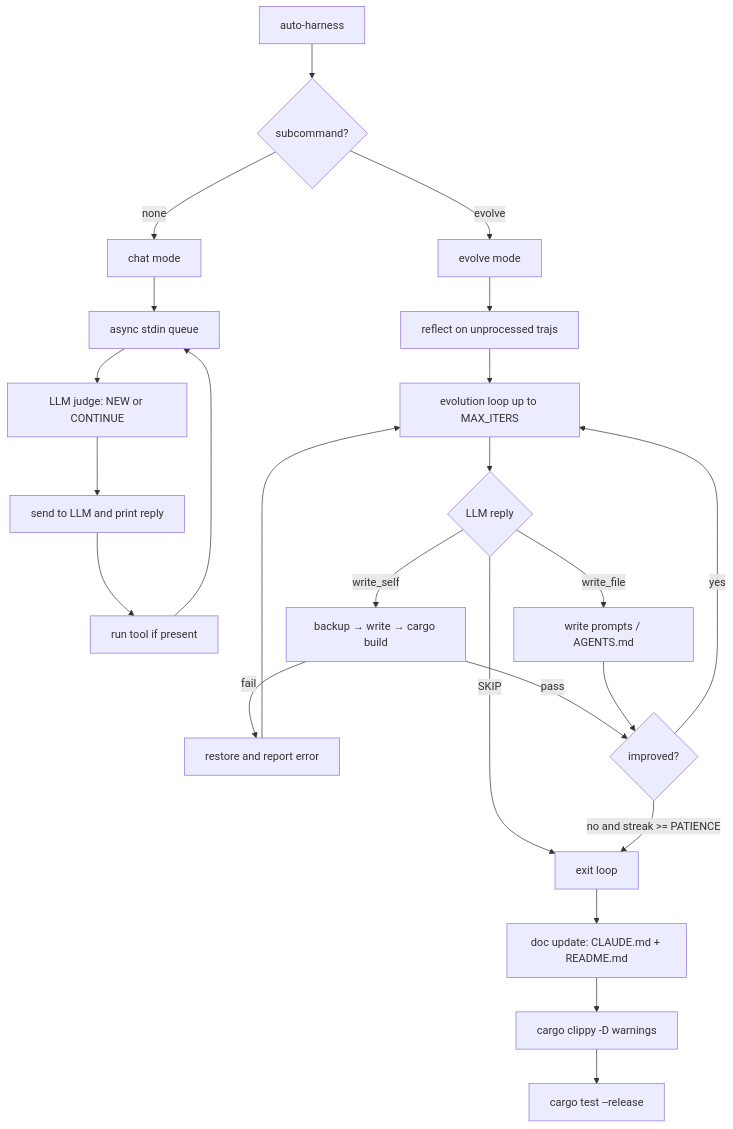
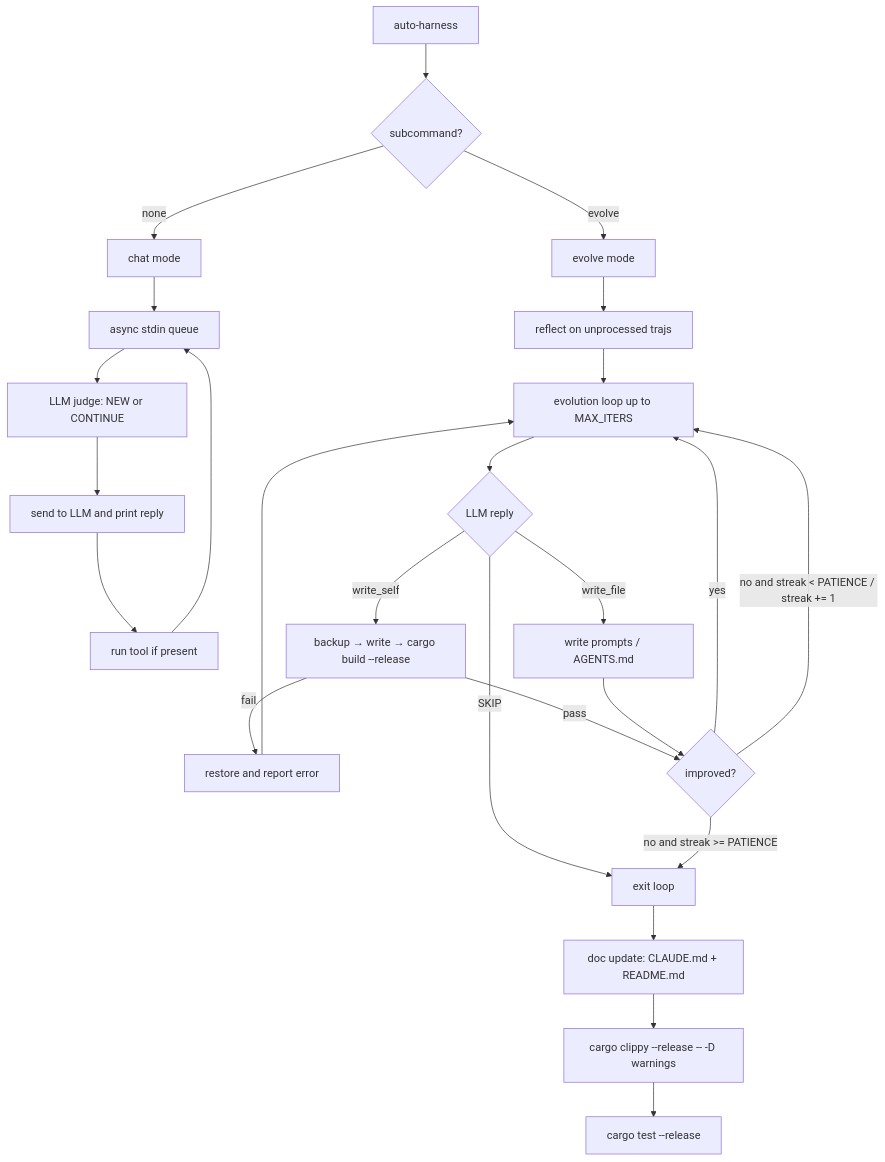
The diagram in README.md (Engineering4AI/AutoHarness), drawn with Mermaid before and after one commit. The commit also changed other lines of this file, not shown here.

First line of the commit message:
Align README validation and evolve diagram commands

````diff
--- a/README.md
+++ b/README.md
@@ -56,28 +60,29 @@
 ```mermaid
 flowchart TD
     A[auto-harness] --> B{subcommand?}
     B -->|none| C[chat mode]
     B -->|evolve| D[evolve mode]
 
     C --> C1[async stdin queue]
     C1 --> C2[LLM judge: NEW or CONTINUE]
     C2 --> C3[send to LLM and print reply]
     C3 --> C4[run tool if present]
     C4 --> C1
 
     D --> D1[reflect on unprocessed trajs]
     D1 --> D2[evolution loop up to MAX_ITERS]
     D2 --> D3{LLM reply}
     D3 -->|SKIP| D5[exit loop]
-    D3 -->|write_self| D4[backup → write → cargo build]
+    D3 -->|write_self| D4[backup → write → cargo build --release]
     D4 -->|fail| D6[restore and report error]
     D6 --> D2
     D4 -->|pass| D8{improved?}
     D3 -->|write_file| D9[write prompts / AGENTS.md]
     D9 --> D8
     D8 -->|yes| D2
+    D8 -->|no and streak < PATIENCE / streak += 1| D2
     D8 -->|no and streak >= PATIENCE| D5
     D5 --> D7[doc update: CLAUDE.md + README.md]
-    D7 --> D11[cargo clippy -D warnings]
+    D7 --> D11[cargo clippy --release -- -D warnings]
     D11 --> D12[cargo test --release]
 ```
````
